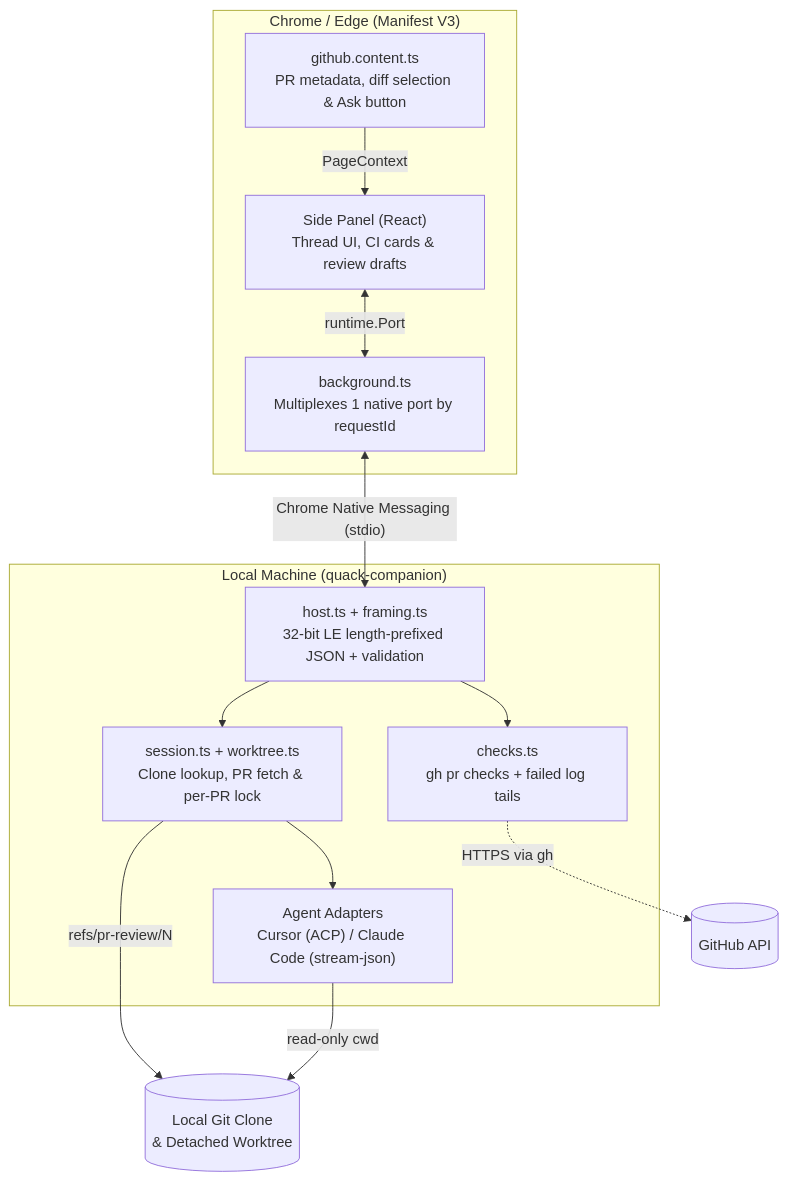
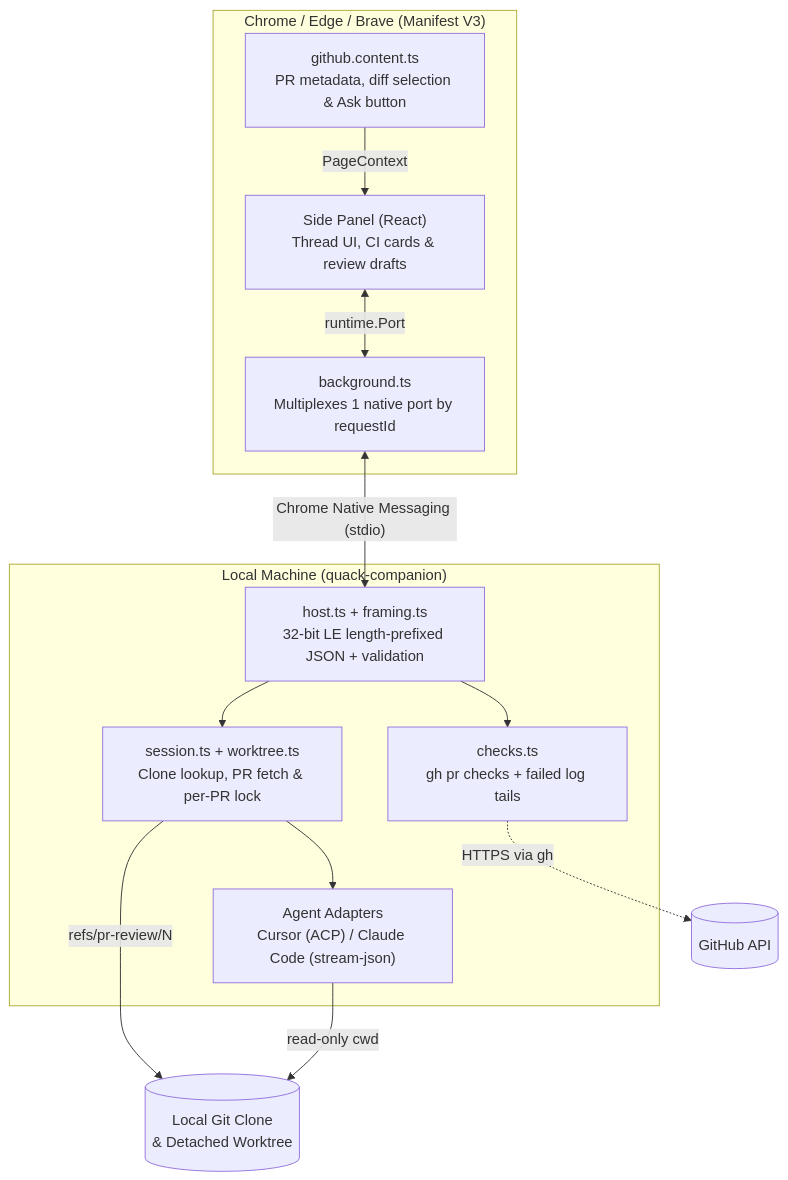
The first of 2 diagrams in docs/architecture.md (oicramps/quack), drawn with Mermaid before and after one commit. The commit also changed other lines of this file and 26 other files, not shown here.

````diff
--- a/docs/architecture.md
+++ b/docs/architecture.md
@@ -15,25 +15,25 @@
 ```mermaid
 flowchart TB
-  subgraph Browser["Chrome / Edge (Manifest V3)"]
+  subgraph Browser["Chrome / Edge / Brave (Manifest V3)"]
     CS["github.content.ts<br/>PR metadata, diff selection & Ask button"]
     SP["Side Panel (React)<br/>Thread UI, CI cards & review drafts"]
     BG["background.ts<br/>Multiplexes 1 native port by requestId"]
     CS -->|"PageContext"| SP
     SP <-->|"runtime.Port"| BG
   end
 
   subgraph Host["Local Machine (quack-companion)"]
     NM["host.ts + framing.ts<br/>32-bit LE length-prefixed JSON + validation"]
     SES["session.ts + worktree.ts<br/>Clone lookup, PR fetch & per-PR lock"]
     CHK["checks.ts<br/>gh pr checks + failed log tails"]
     ADP["Agent Adapters<br/>Cursor (ACP) / Claude Code (stream-json)"]
     NM --> SES
     NM --> CHK
     SES --> ADP
   end
 
   BG <-->|"Chrome Native Messaging (stdio)"| NM
   SES -->|"refs/pr-review/N"| GIT[("Local Git Clone<br/>& Detached Worktree")]
   ADP -->|"read-only cwd"| GIT
   CHK -.->|"HTTPS via gh"| GHAPI[("GitHub API")]
 ```
````
